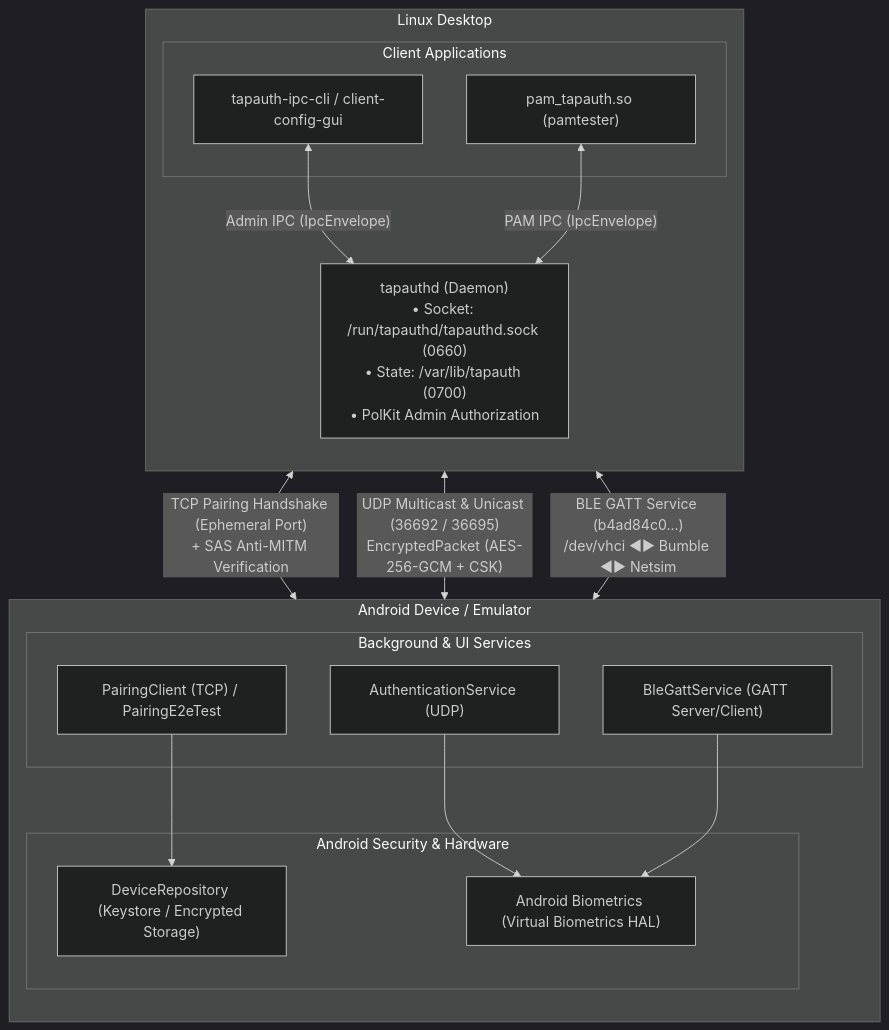
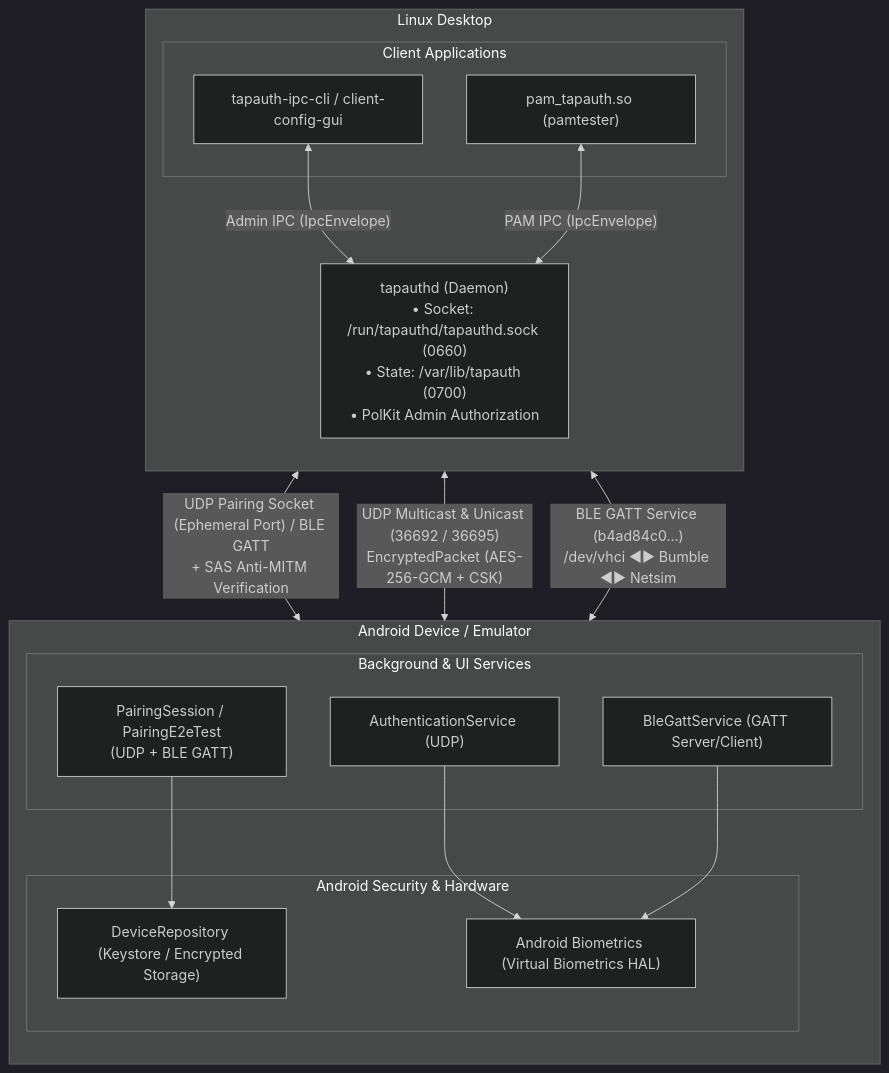
Before and after one commit to Lolle2000la/tapauth: the diagram in docs/testing/e2e-testing-guide.md, drawn with Mermaid (dark theme). The commit also changed other lines of this file and 5 other files, not shown here.

````diff
--- a/docs/testing/e2e-testing-guide.md
+++ b/docs/testing/e2e-testing-guide.md
@@ -11,37 +11,37 @@
 ```mermaid
 graph TB
     subgraph LinuxDesktop["Linux Desktop"]
         direction TB
         subgraph ClientApps["Client Applications"]
             IPC_CLI["tapauth-ipc-cli / client-config-gui"]
             PAM_MOD["pam_tapauth.so (pamtester)"]
         end
 
         DAEMON["tapauthd (Daemon)<br/>• Socket: /run/tapauthd/tapauthd.sock (0660)<br/>• State: /var/lib/tapauth (0700)<br/>• PolKit Admin Authorization"]
 
         IPC_CLI <-->|"Admin IPC (IpcEnvelope)"| DAEMON
         PAM_MOD <-->|"PAM IPC (IpcEnvelope)"| DAEMON
     end
 
     subgraph AndroidGuest["Android Device / Emulator"]
         direction TB
         subgraph AndroidServices["Background & UI Services"]
-            PAIR_CLIENT["PairingClient (TCP) / PairingE2eTest"]
+            PAIR_CLIENT["PairingSession / PairingE2eTest<br/>(UDP + BLE GATT)"]
             AUTH_SRV["AuthenticationService (UDP)"]
             BLE_SRV["BleGattService (GATT Server/Client)"]
         end
 
         subgraph SecurityModules["Android Security & Hardware"]
             KEYSTORE["DeviceRepository (Keystore / Encrypted Storage)"]
             BIOMETRICS["Android Biometrics (Virtual Biometrics HAL)"]
         end
 
         PAIR_CLIENT --> KEYSTORE
         AUTH_SRV --> BIOMETRICS
         BLE_SRV --> BIOMETRICS
     end
 
-    DAEMON <-->|"TCP Pairing Handshake (Ephemeral Port)<br/>+ SAS Anti-MITM Verification"| PAIR_CLIENT
+    DAEMON <-->|"UDP Pairing Socket (Ephemeral Port) / BLE GATT<br/>+ SAS Anti-MITM Verification"| PAIR_CLIENT
     DAEMON <-->|"UDP Multicast & Unicast (36692 / 36695)<br/>EncryptedPacket (AES-256-GCM + CSK)"| AUTH_SRV
     DAEMON <-->|"BLE GATT Service (b4ad84c0...)<br/>/dev/vhci ◄► Bumble ◄► Netsim"| BLE_SRV
 ```
````
